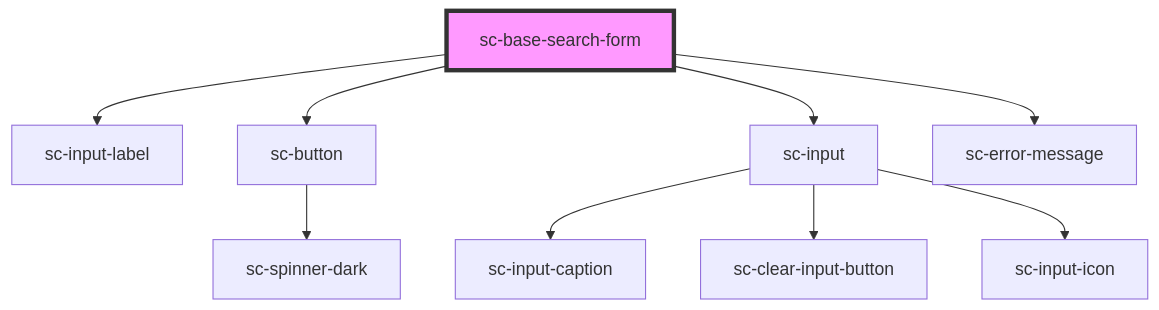
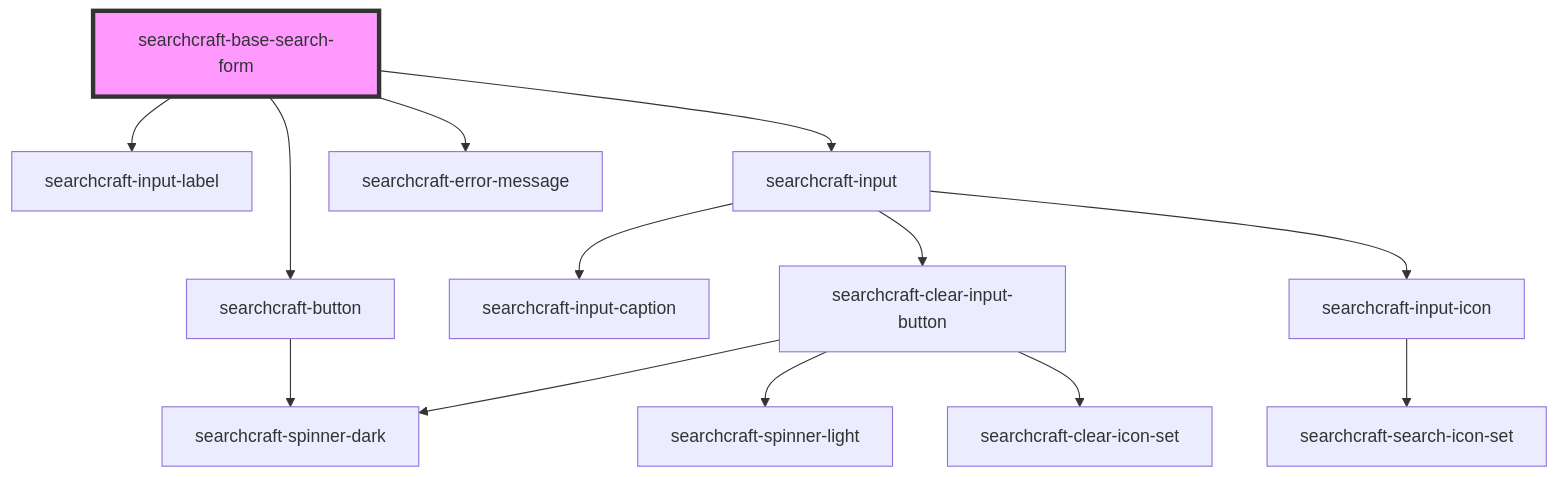
The diagram in packages/javascript-sdk/src/components/searchcraft-base-search-form/readme.md (searchcraft-inc/searchcraft-javascript-sdks), drawn with Mermaid before and after one commit. The commit also changed other lines of this file and 56 other files, not shown here.

````diff
--- a/packages/javascript-sdk/src/components/searchcraft-base-search-form/readme.md
+++ b/packages/javascript-sdk/src/components/searchcraft-base-search-form/readme.md
@@ -35,12 +35,16 @@
 ```mermaid
 graph TD;
-  sc-base-search-form --> sc-input-label
-  sc-base-search-form --> sc-button
-  sc-base-search-form --> sc-input
-  sc-base-search-form --> sc-error-message
-  sc-button --> sc-spinner-dark
-  sc-input --> sc-input-caption
-  sc-input --> sc-clear-input-button
-  sc-input --> sc-input-icon
-  style sc-base-search-form fill:#f9f,stroke:#333,stroke-width:4px
+  searchcraft-base-search-form --> searchcraft-input-label
+  searchcraft-base-search-form --> searchcraft-button
+  searchcraft-base-search-form --> searchcraft-input
+  searchcraft-base-search-form --> searchcraft-error-message
+  searchcraft-button --> searchcraft-spinner-dark
+  searchcraft-input --> searchcraft-input-caption
+  searchcraft-input --> searchcraft-clear-input-button
+  searchcraft-input --> searchcraft-input-icon
+  searchcraft-clear-input-button --> searchcraft-spinner-light
+  searchcraft-clear-input-button --> searchcraft-spinner-dark
+  searchcraft-clear-input-button --> searchcraft-clear-icon-set
+  searchcraft-input-icon --> searchcraft-search-icon-set
+  style searchcraft-base-search-form fill:#f9f,stroke:#333,stroke-width:4px
 ```
````
